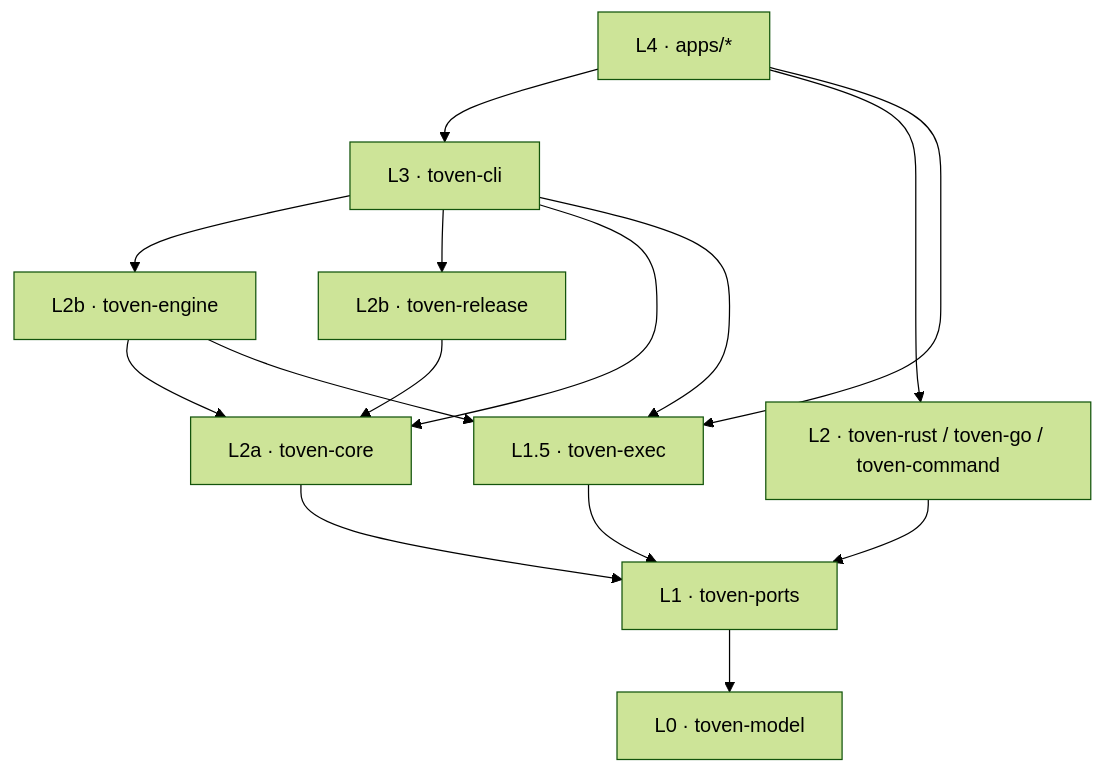
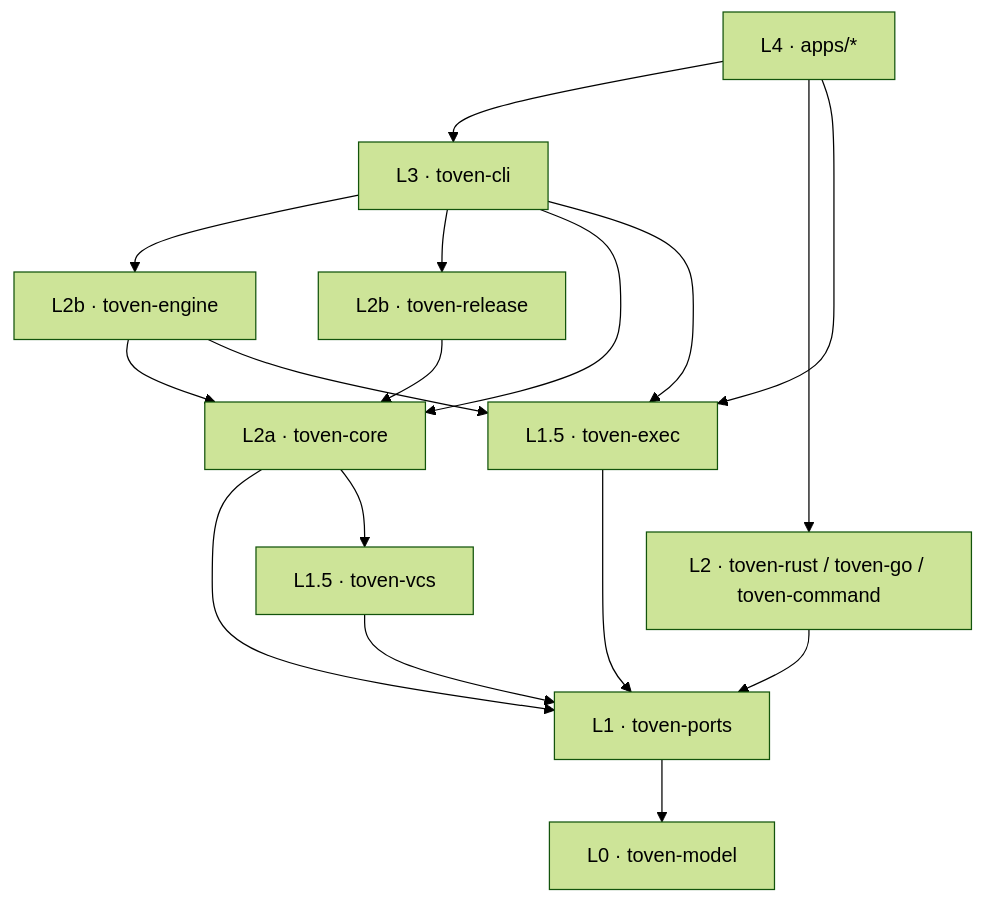
The first of 3 diagrams in docs/architecture.md (kbukum/toven), drawn with Mermaid (forest theme) before and after one commit. The commit also changed other lines of this file and 29 other files, not shown here.

Commit message:
refactor(vcs): promote git mechanism into a focused toven-vcs crate (#172)

````diff
--- a/docs/architecture.md
+++ b/docs/architecture.md
@@ -23,27 +24,30 @@
 ```mermaid
 flowchart TB
     model["L0 · toven-model"]
     ports["L1 · toven-ports"]
     exec["L1.5 · toven-exec"]
+    vcs["L1.5 · toven-vcs"]
     core["L2a · toven-core"]
     release["L2b · toven-release"]
     engine["L2b · toven-engine"]
     ecosystems["L2 · toven-rust / toven-go / toven-command"]
     cli["L3 · toven-cli"]
     apps["L4 · apps/*"]
 
     ports --> model
     exec --> ports
+    vcs --> ports
     core --> ports
+    core --> vcs
     release --> core
     engine --> core
     engine --> exec
     ecosystems --> ports
     cli --> engine
     cli --> release
     cli --> core
     cli --> exec
     apps --> cli
     apps --> ecosystems
     apps --> exec
 ```
````
